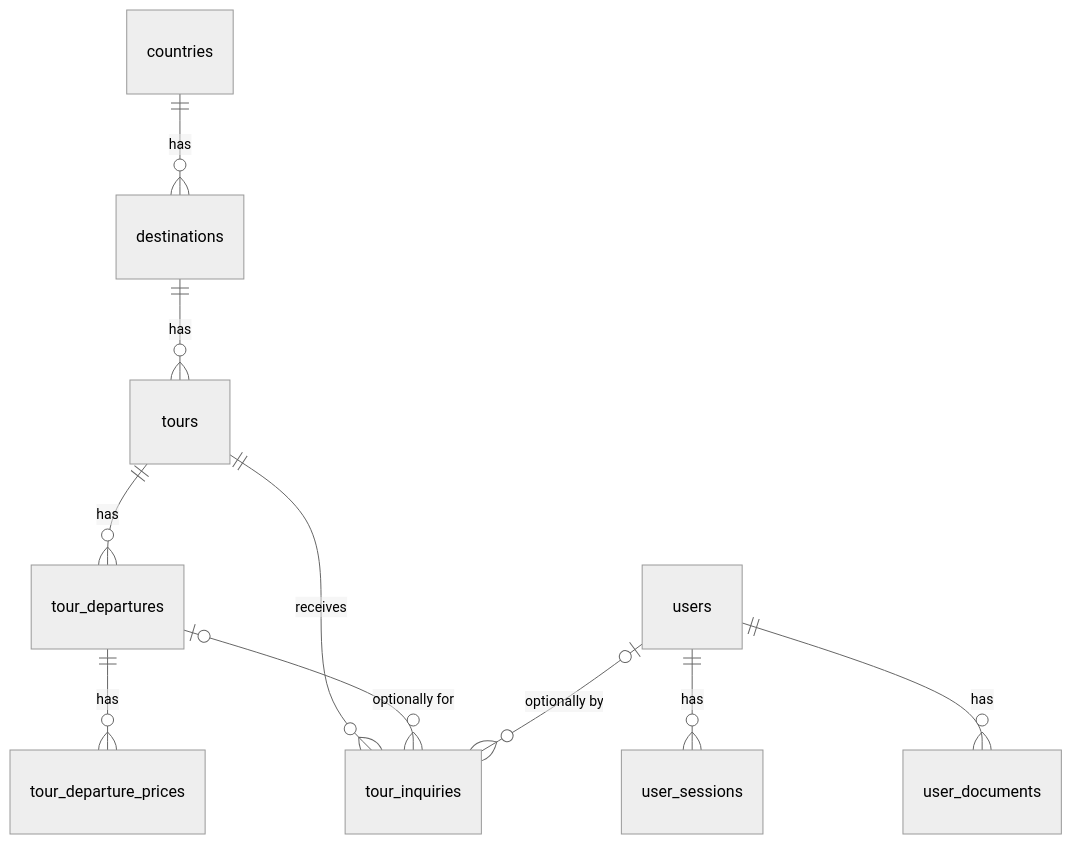
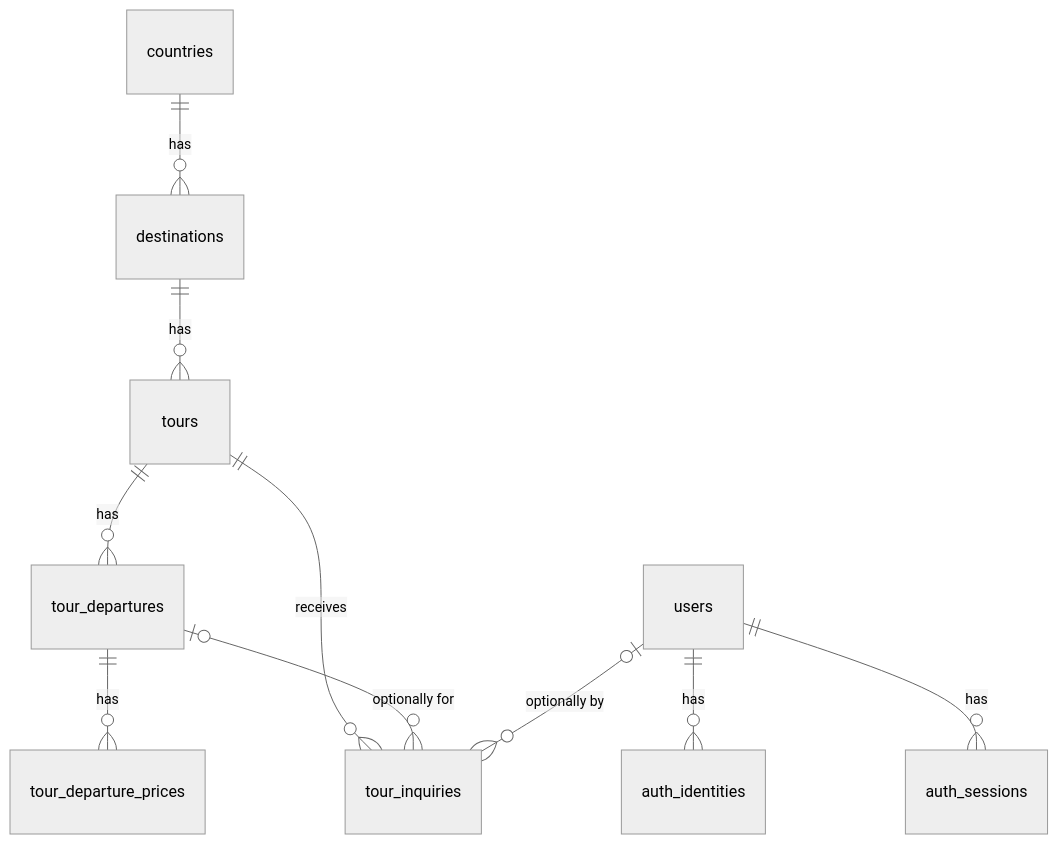
The diagram in docs/entities.md (codevibesme/Ghumbo), drawn with Mermaid (neutral theme) before and after one commit. The commit also changed other lines of this file and 9 other files, not shown here.

Commit message:
create auth identities module, and clean up entities

````diff
--- a/docs/entities.md
+++ b/docs/entities.md
@@ -7,12 +7,12 @@
 ```mermaid
 erDiagram
     countries ||--o{ destinations : "has"
     destinations ||--o{ tours : "has"
     tours ||--o{ tour_departures : "has"
     tour_departures ||--o{ tour_departure_prices : "has"
     tours ||--o{ tour_inquiries : "receives"
     tour_departures |o--o{ tour_inquiries : "optionally for"
     users |o--o{ tour_inquiries : "optionally by"
-    users ||--o{ user_sessions : "has"
-    users ||--o{ user_documents : "has"
+    users ||--o{ auth_identities : "has"
+    users ||--o{ auth_sessions : "has"
 ```
````
